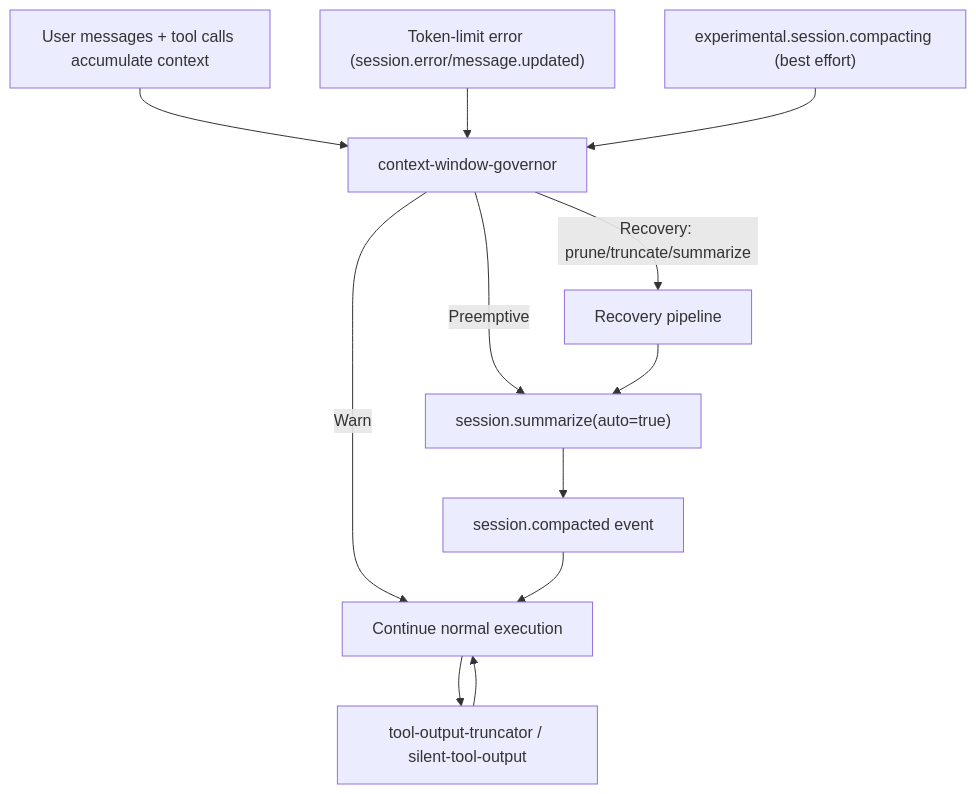
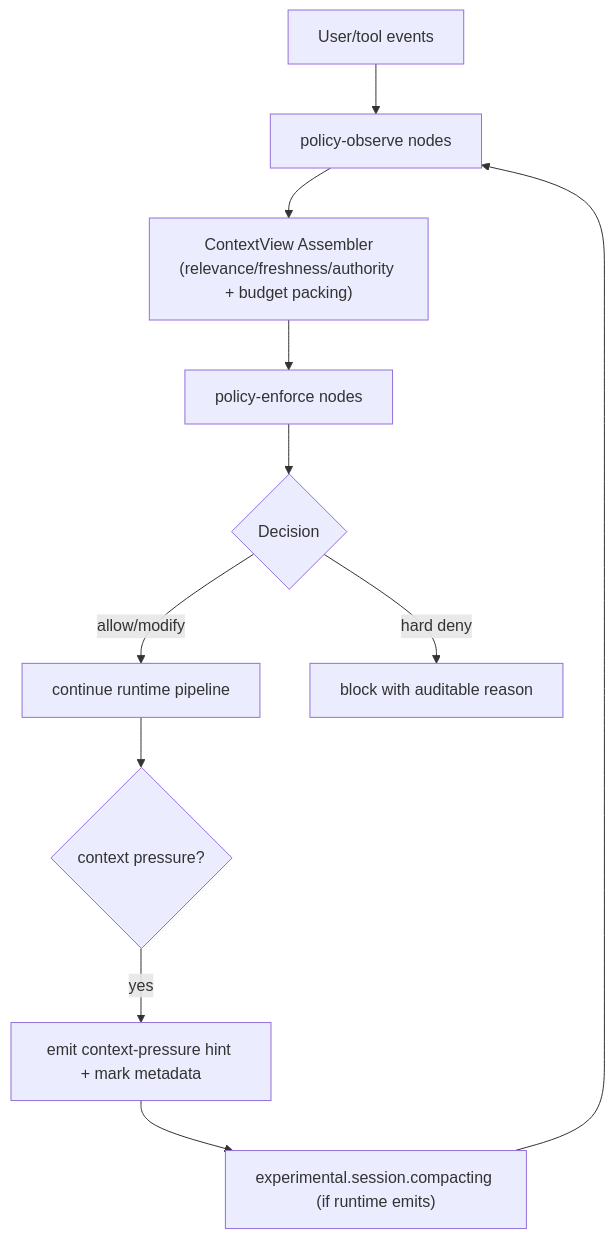
The diagram in docs/journeys/context-window-management.md (arcthur/oh-my-opencode), drawn with Mermaid before and after one commit. The commit also changed other lines of this file and 169 other files, not shown here.

````diff
--- a/docs/journeys/context-window-management.md
+++ b/docs/journeys/context-window-management.md
@@ -16,16 +14,15 @@
 ```mermaid
 flowchart TD
-  U["User messages + tool calls accumulate context"] --> GOV["context-window-governor"]
-  GOV -->|Warn| TOOL["Continue normal execution"]
-  GOV -->|Preemptive| SUM["session.summarize(auto=true)"]
-  GOV -->|Recovery: prune/truncate/summarize| REC["Recovery pipeline"]
-  REC --> SUM
-  SUM --> EVT["session.compacted event"]
-  EVT --> TOOL
+  U["User/tool events"] --> OBS["policy-observe nodes"]
+  OBS --> CV["ContextView Assembler\n(relevance/freshness/authority + budget packing)"]
+  CV --> ENF["policy-enforce nodes"]
+  ENF --> ACT{"Decision"}
 
-  TOOL --> OUT["tool-output-truncator / silent-tool-output"]
-  OUT --> TOOL
+  ACT -->|allow/modify| RUN["continue runtime pipeline"]
+  ACT -->|hard deny| BLOCK["block with auditable reason"]
 
-  ERR["Token-limit error (session.error/message.updated)"] --> GOV
-  COMPACT["experimental.session.compacting (best effort)"] --> GOV
+  RUN --> COMPACT{"context pressure?"}
+  COMPACT -->|yes| WARN["emit context-pressure hint + mark metadata"]
+  WARN --> EVT["experimental.session.compacting (if runtime emits)"]
+  EVT --> OBS
 ```
````
